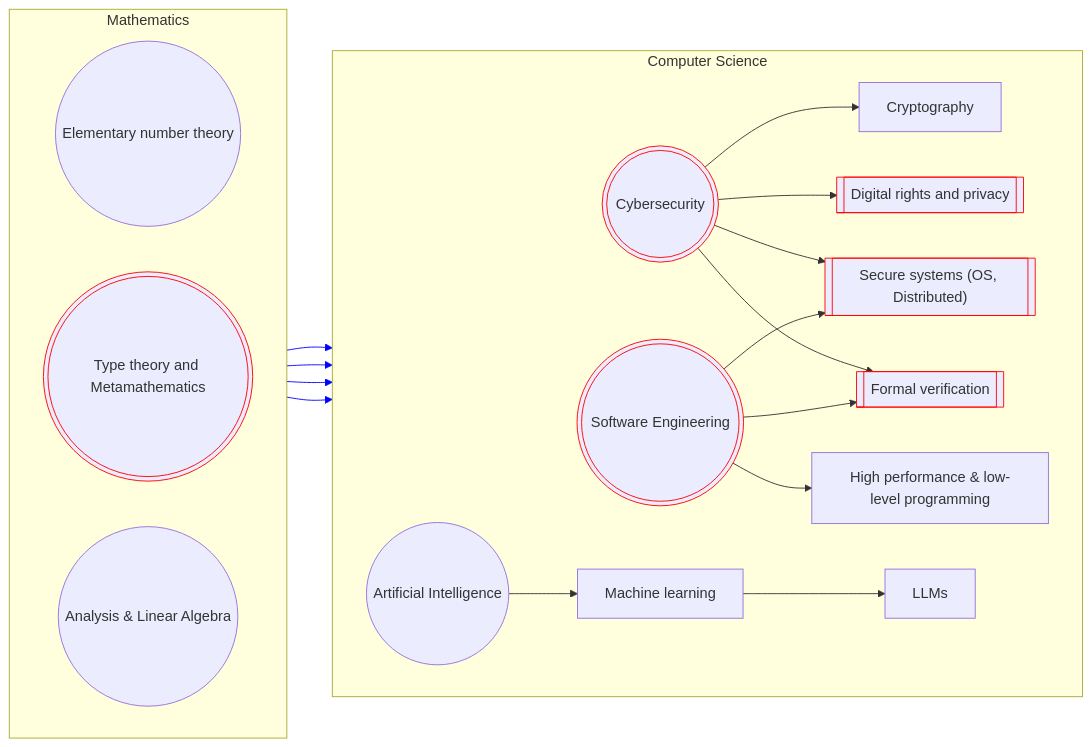
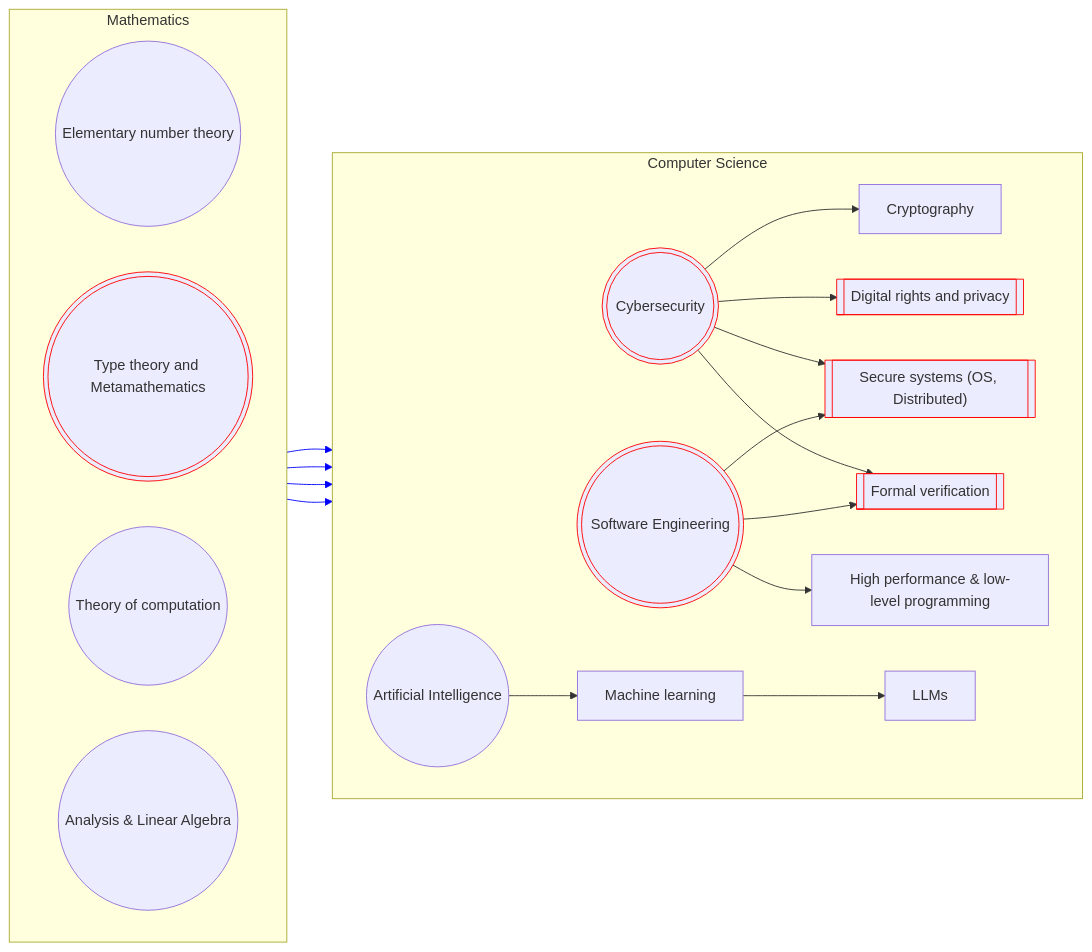
One commit to guanyuming-he/guanyuming-he changed the diagram in README.md. Above: the diagram before and after it, drawn with Mermaid.

Commit message:
update diagram.

````diff
--- a/README.md
+++ b/README.md
@@ -44,44 +44,45 @@
 ```mermaid
 flowchart LR
 	%% Primary general topic, general topic, primary subtopic, subtopic,
 	%% respectively
 	classDef gen-pri	shape:dbl-circ,stroke:#f00
 	classDef gen		shape:circle
 	classDef sub-pri	shape:subproc,stroke:#f00
 	classDef sub		shape:rect
 
 	%% Left side: CS
 	subgraph "Computer Science"
 		direction LR
 		%% General directions
 		CY(((Cybersecurity))):::gen-pri
 		SE(((Software Engineering))):::gen-pri
 		AI((Artificial Intelligence)):::gen
 
 		%% Cybersecurity branches
 		CY --> CR[Cryptography]:::sub
 		CY --> DR[["Digital rights and privacy"]]:::sub-pri
 		CY --> SS[["Secure systems (OS, Distributed)"]]:::sub-pri
 		CY --> FV[["Formal verification"]]:::sub-pri
 		SE --> SS
 		SE --> FV
 		SE --> HP["High performance & low-level programming"]:::sub
 		AI --> ML["Machine learning"]:::sub -->
 		LLM["LLMs"]:::sub
 	end
 
 	%% Right side: Math
 	subgraph Mathematics
 		direction RL
 		EN((Elementary number theory)):::gen
 		TT(((Type theory and Metamathematics))):::gen-pri
+		TC((Theory of computation)):::gen
 		AL((Analysis & Linear Algebra)):::gen
 
 		EN --> CR
 		TT --> FV
 		AL --> ML
 		AL --> HP
 		%% Change link color
 		linkStyle 9,10,11,12 stroke:#00f
 	end
 ```
````
